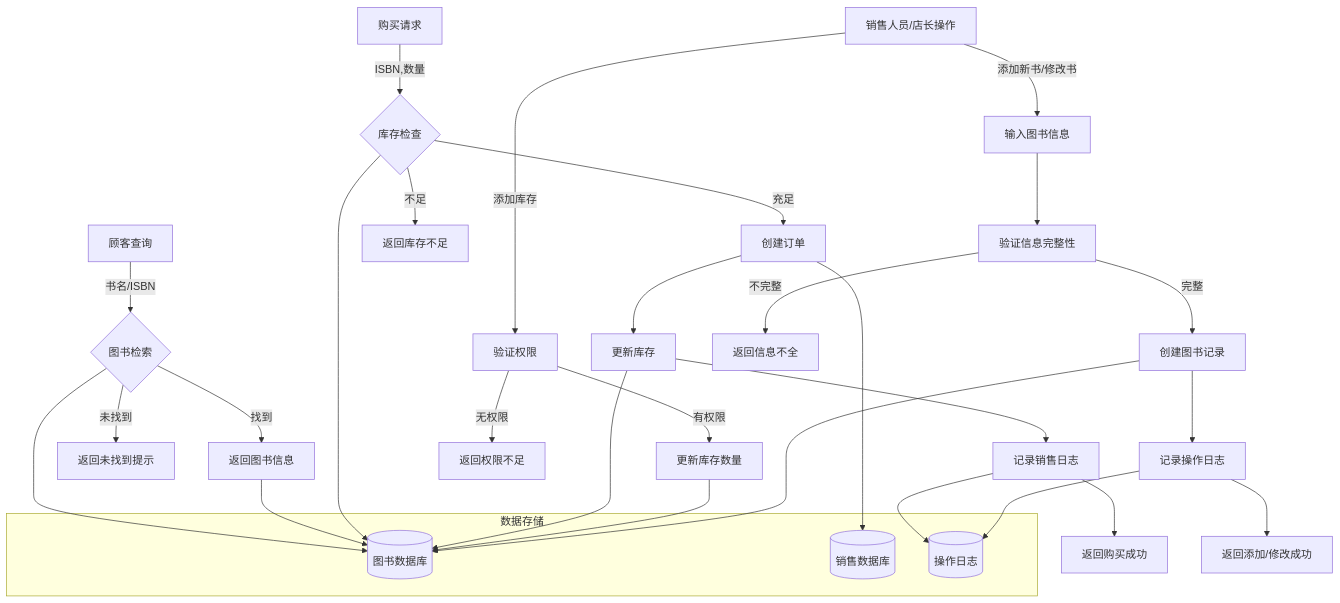
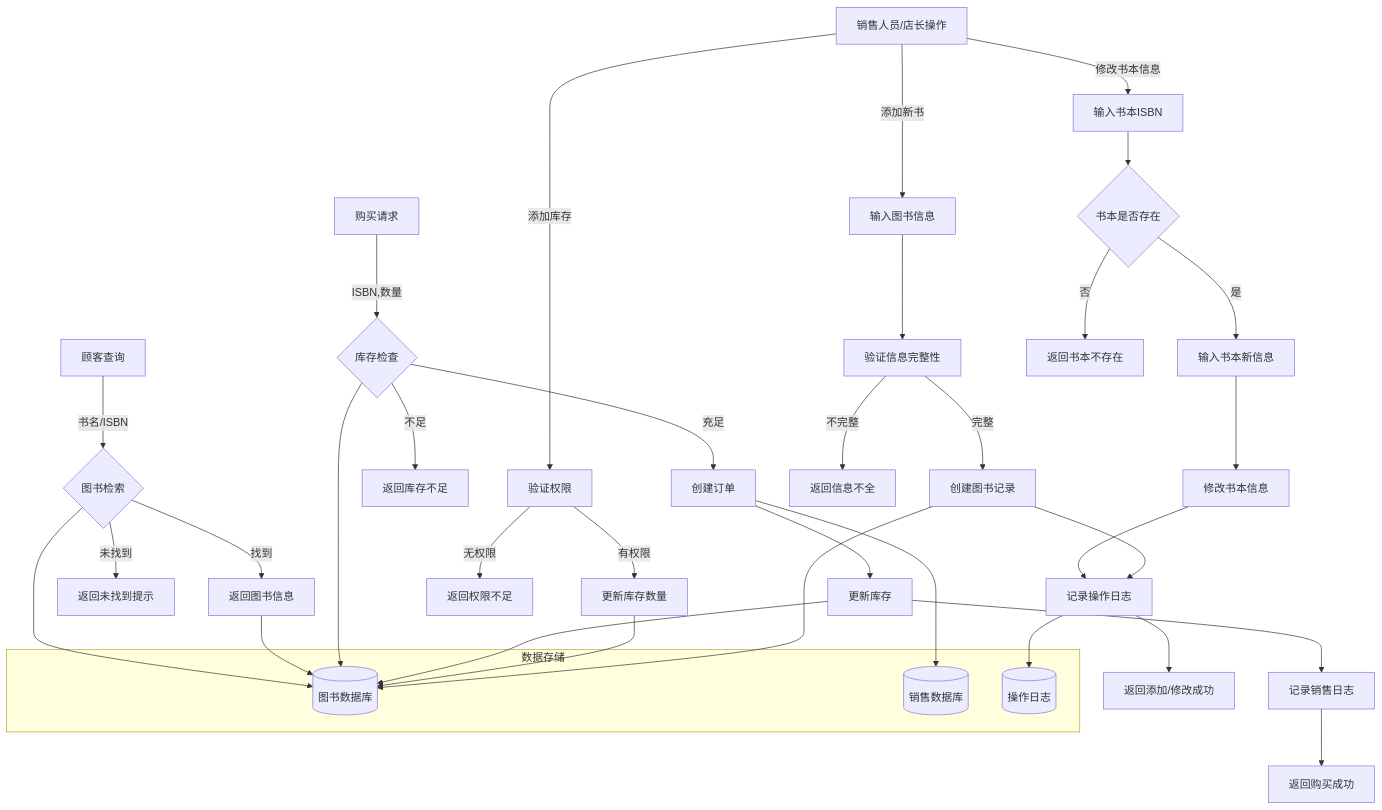
The seventh of 8 diagrams in 需求分析文档.md (yuki-cjm/Bookstore-2025), drawn with Mermaid before and after one commit. The commit also changed other lines of this file, not shown here.

````diff
--- a/需求分析文档.md
+++ b/需求分析文档.md
@@ -233,42 +236,49 @@
 ```mermaid
 graph TD
     A[顾客查询] -->|书名/ISBN| B{图书检索}
     B -->|找到| C[返回图书信息]
     B -->|未找到| D[返回未找到提示]
     
     E[购买请求] -->|ISBN,数量| F{库存检查}
     F -->|充足| G[创建订单]
     F -->|不足| H[返回库存不足]
     
     G --> I[更新库存]
     I --> J[记录销售日志]
     J --> K[返回购买成功]
     
     L[销售人员/店长操作] -->|添加库存| M[验证权限]
     M -->|有权限| N[更新库存数量]
     M -->|无权限| O[返回权限不足]
     
-    L -->|添加新书/修改书| Q[输入图书信息]
+    L -->|添加新书| Q[输入图书信息]
     Q --> R[验证信息完整性]
     R -->|完整| S[创建图书记录]
     R -->|不完整| T[返回信息不全]
+
+    L-->|修改书本信息|AA[输入书本ISBN]
+    AA-->AB{书本是否存在}
+    AB-->|是|AC[输入书本新信息]
+    AC-->AD[修改书本信息]
+    AD-->U
+
+    AB-->|否|AE[返回书本不存在]
     
     S --> U[记录操作日志]
     U --> V[返回添加/修改成功]
     
     subgraph "数据存储"
         W[(图书数据库)]
         Y[(销售数据库)]
         Z[(操作日志)]
     end
     
     B --> W
     C --> W
     F --> W
     I --> W
     G --> Y
     N --> W
     S --> W
-    J --> Z
     U --> Z
 ```
````
